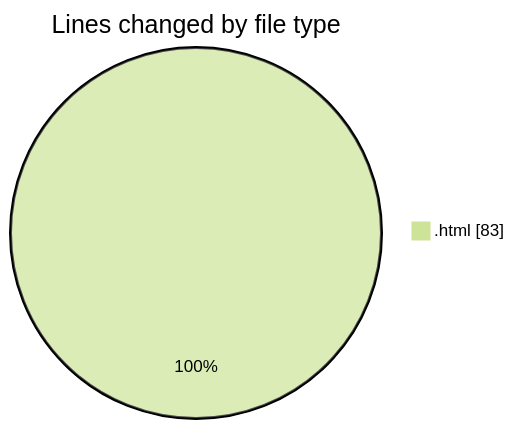
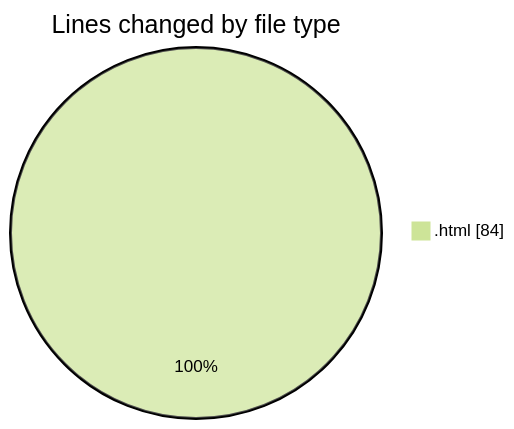
The first of 2 diagrams in 2025-01-09/nueva_carpeta/README.md (LanceThiago/code-tracking), drawn with Mermaid (forest theme) before and after one commit. The commit also changed other lines of this file and 1 other file, not shown here.

````diff
--- a/2025-01-09/nueva_carpeta/README.md
+++ b/2025-01-09/nueva_carpeta/README.md
@@ -20,5 +20,5 @@
 ```mermaid
 pie showData
 title Lines changed by file type
-".html" : 83
+".html" : 84
 ```
````
